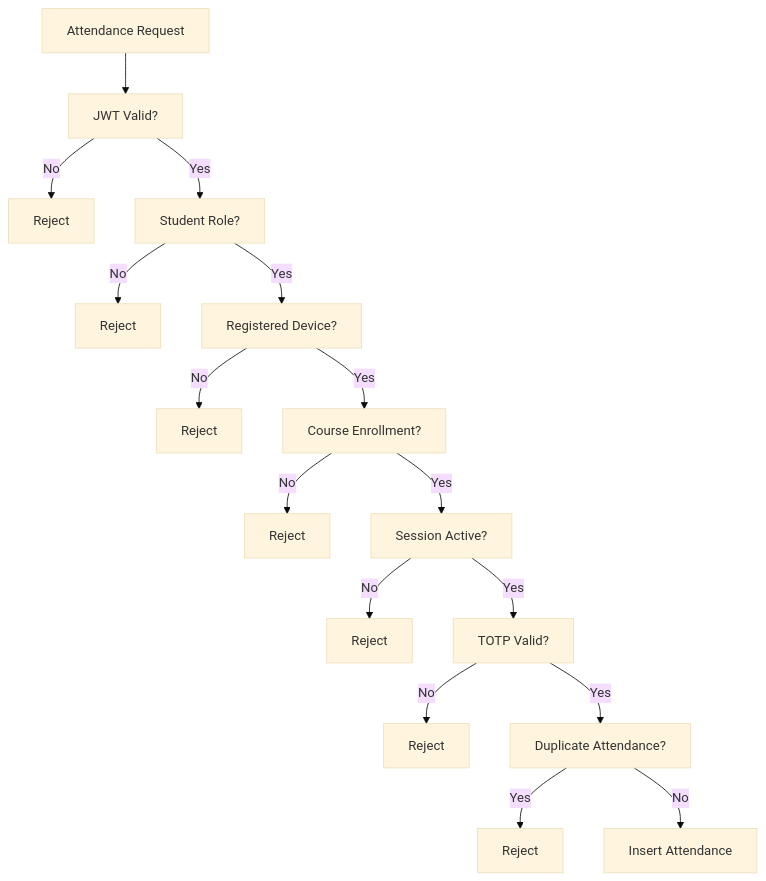
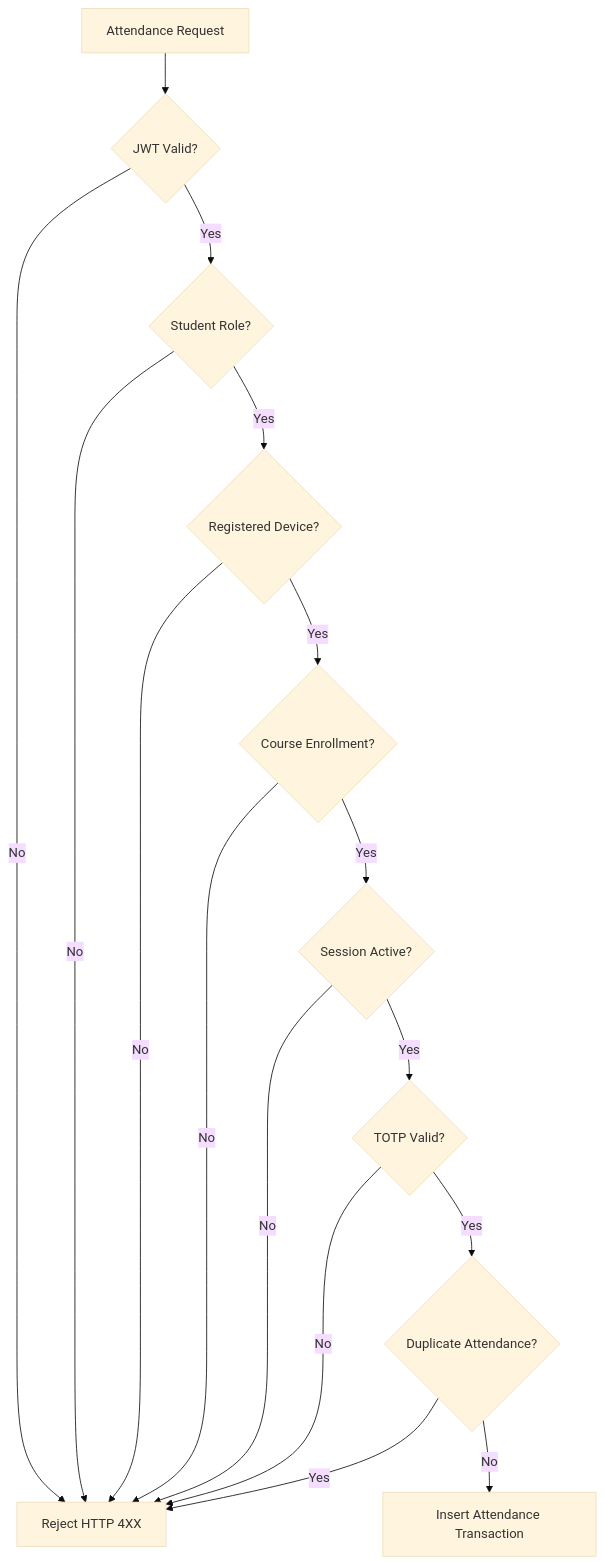
One commit to Saralfury/knmiet-connect changed the fifth of 7 diagrams in README.md. Above: the diagram before and after it, drawn with Mermaid (base theme). The commit also changed other lines of this file, not shown here.

Commit message:
docs: Completely restore and expand README to flagship 42-section architecture-first format

````diff
--- a/README.md
+++ b/README.md
@@ -905,35 +342,30 @@
 ```mermaid
 flowchart TD
 
 A[Attendance Request]
+B{JWT Valid?}
+C{Student Role?}
+D{Registered Device?}
+E{Course Enrollment?}
+F{Session Active?}
+G{TOTP Valid?}
+H{Duplicate Attendance?}
+I[Insert Attendance Transaction]
+X[Reject HTTP 4XX]
 
--->B[JWT Valid?]
-
-B -->|No| X1[Reject]
-
-B -->|Yes| C[Student Role?]
-
-C -->|No| X2[Reject]
-
-C -->|Yes| D[Registered Device?]
-
-D -->|No| X3[Reject]
-
-D -->|Yes| E[Course Enrollment?]
-
-E -->|No| X4[Reject]
-
-E -->|Yes| F[Session Active?]
-
-F -->|No| X5[Reject]
-
-F -->|Yes| G[TOTP Valid?]
-
-G -->|No| X6[Reject]
-
-G -->|Yes| H[Duplicate Attendance?]
-
-H -->|Yes| X7[Reject]
-
-H -->|No| I[Insert Attendance]
+A --> B
+B -->|No| X
+B -->|Yes| C
+C -->|No| X
+C -->|Yes| D
+D -->|No| X
+D -->|Yes| E
+E -->|No| X
+E -->|Yes| F
+F -->|No| X
+F -->|Yes| G
+G -->|No| X
+G -->|Yes| H
+H -->|Yes| X
+H -->|No| I
 ```
````
